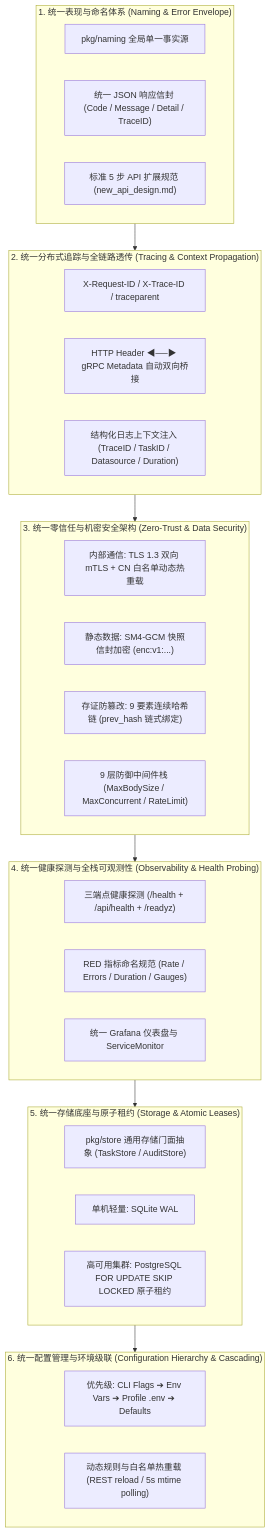
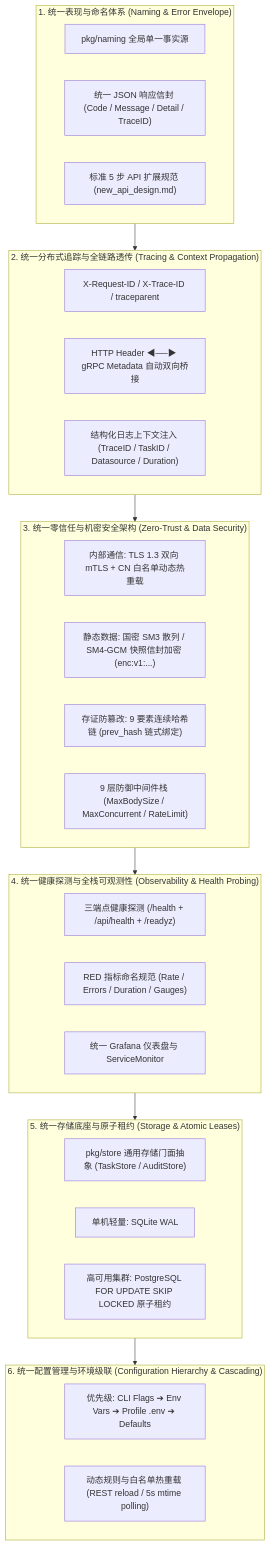
One commit to fengzhizi319/PrivShield changed the first of 2 diagrams in docs/architecture/unified_design_specifications.md. Above: the diagram before and after it, drawn with Mermaid. The commit also changed other lines of this file and 8 other files, not shown here.

Commit message:
docs(architecture): systematically update architecture documentation to 100% Go cloud-native specifications

````diff
--- a/docs/architecture/unified_design_specifications.md
+++ b/docs/architecture/unified_design_specifications.md
@@ -39,40 +39,40 @@
 ```mermaid
 flowchart TD
     subgraph S1 ["1. 统一表现与命名体系 (Naming & Error Envelope)"]
         SSOT["pkg/naming 全局单一事实源"]
         Envelope["统一 JSON 响应信封 (Code / Message / Detail / TraceID)"]
         NewAPI["标准 5 步 API 扩展规范 (new_api_design.md)"]
     end
 
     subgraph S2 ["2. 统一分布式追踪与全链路透传 (Tracing & Context Propagation)"]
         TraceID["X-Request-ID / X-Trace-ID / traceparent"]
         Bridge["HTTP Header ◀──▶ gRPC Metadata 自动双向桥接"]
         LogCtx["结构化日志上下文注入 (TraceID / TaskID / Datasource / Duration)"]
     end
 
     subgraph S3 ["3. 统一零信任与机密安全架构 (Zero-Trust & Data Security)"]
         mTLS["内部通信: TLS 1.3 双向 mTLS + CN 白名单动态热重载"]
-        EnvelopeEnc["静态数据: SM4-GCM 快照信封加密 (enc:v1:...)"]
+        EnvelopeEnc["静态数据: 国密 SM3 散列 / SM4-GCM 快照信封加密 (enc:v1:...)"]
         HashChain["存证防篡改: 9 要素连续哈希链 (prev_hash 链式绑定)"]
         DDoSMW["9 层防御中间件栈 (MaxBodySize / MaxConcurrent / RateLimit)"]
     end
 
     subgraph S4 ["4. 统一健康探测与全栈可观测性 (Observability & Health Probing)"]
         DualProbe["三端点健康探测 (/health + /api/health + /readyz)"]
         PromMetrics["RED 指标命名规范 (Rate / Errors / Duration / Gauges)"]
         GrafanaDash["统一 Grafana 仪表盘与 ServiceMonitor"]
     end
 
     subgraph S5 ["5. 统一存储底座与原子租约 (Storage & Atomic Leases)"]
         StoreFacade["pkg/store 通用存储门面抽象 (TaskStore / AuditStore)"]
         SQLiteStore["单机轻量: SQLite WAL"]
         PGStore["高可用集群: PostgreSQL FOR UPDATE SKIP LOCKED 原子租约"]
     end
 
     subgraph S6 ["6. 统一配置管理与环境级联 (Configuration Hierarchy & Cascading)"]
         Hierarchy["优先级: CLI Flags ➔ Env Vars ➔ Profile .env ➔ Defaults"]
         HotReload["动态规则与白名单热重载 (REST reload / 5s mtime polling)"]
     end
 
     S1 --> S2 --> S3 --> S4 --> S5 --> S6
 ```
````
